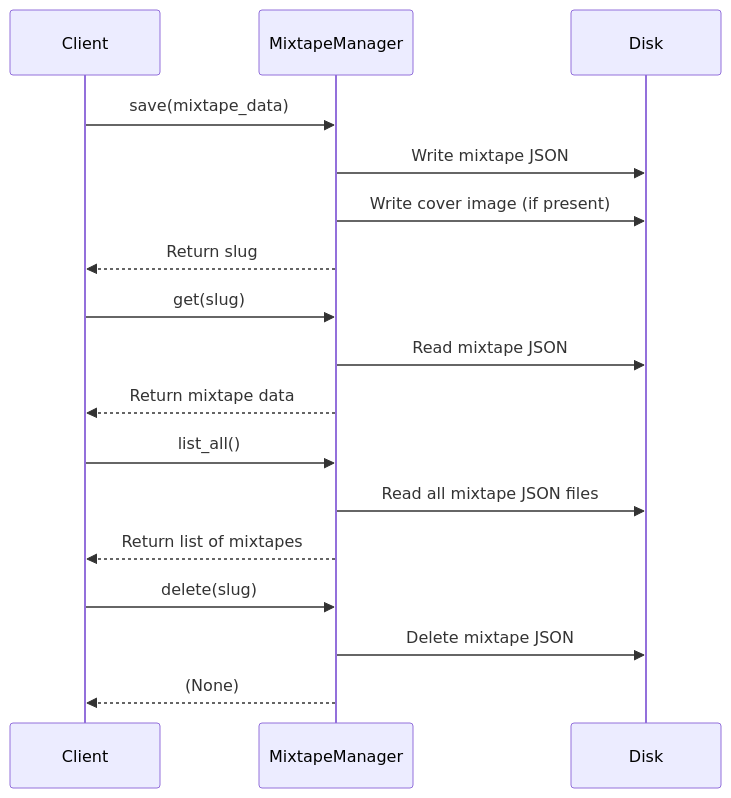
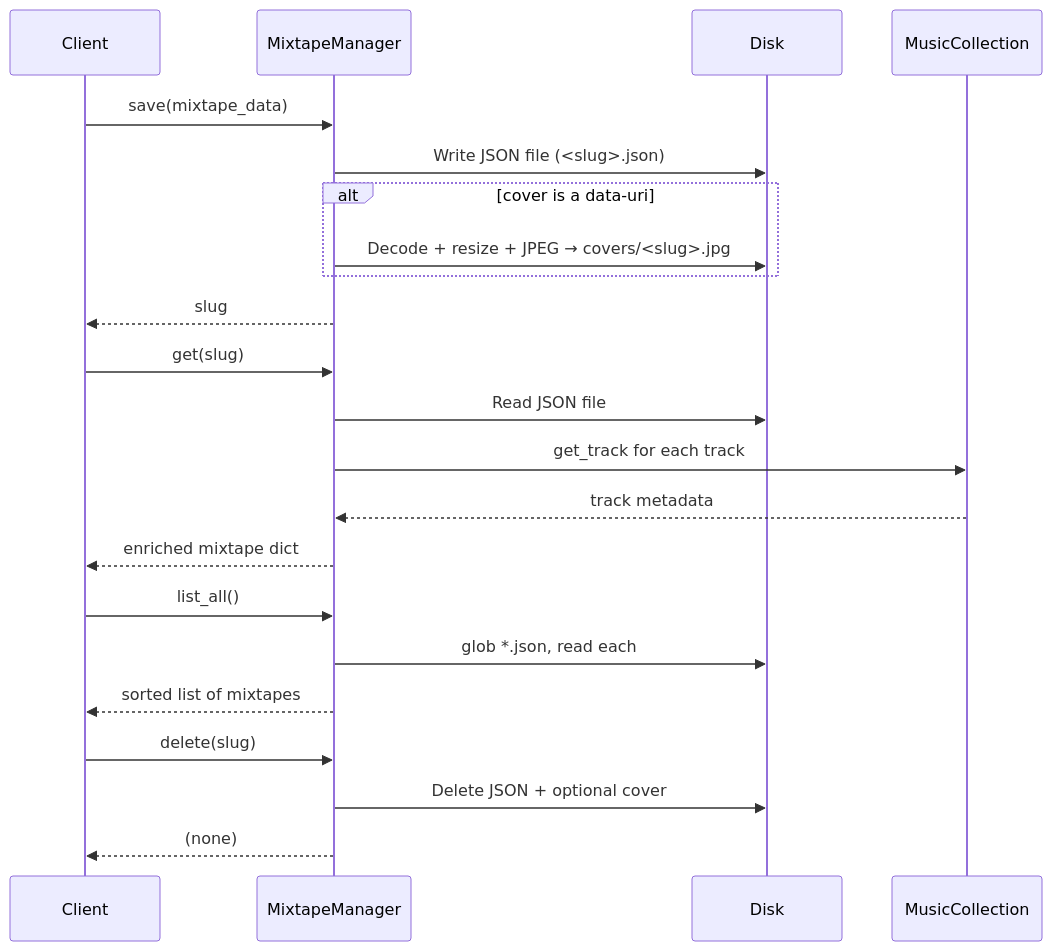
One commit to mark-me/mixtape-society changed the second of 2 diagrams in docs/development/mixtape_manager.md. Above: the diagram before and after it, drawn with Mermaid. The commit also changed other lines of this file, not shown here.

````diff
--- a/docs/development/mixtape_manager.md
+++ b/docs/development/mixtape_manager.md
@@ -11,23 +128,28 @@
 ```mermaid
 sequenceDiagram
     participant Client
     participant MixtapeManager
     participant Disk
+    participant MusicCollection
 
     Client->>MixtapeManager: save(mixtape_data)
-    MixtapeManager->>Disk: Write mixtape JSON
-    MixtapeManager->>Disk: Write cover image (if present)
-    MixtapeManager-->>Client: Return slug
+    MixtapeManager->>Disk: Write JSON file (<slug>.json)
+    alt cover is a data‑uri
+        MixtapeManager->>Disk: Decode + resize + JPEG → covers/<slug>.jpg
+    end
+    MixtapeManager-->>Client: slug
 
     Client->>MixtapeManager: get(slug)
-    MixtapeManager->>Disk: Read mixtape JSON
-    MixtapeManager-->>Client: Return mixtape data
+    MixtapeManager->>Disk: Read JSON file
+    MixtapeManager->>MusicCollection: get_track for each track
+    MusicCollection-->>MixtapeManager: track metadata
+    MixtapeManager-->>Client: enriched mixtape dict
 
     Client->>MixtapeManager: list_all()
-    MixtapeManager->>Disk: Read all mixtape JSON files
-    MixtapeManager-->>Client: Return list of mixtapes
+    MixtapeManager->>Disk: glob *.json, read each
+    MixtapeManager-->>Client: sorted list of mixtapes
 
     Client->>MixtapeManager: delete(slug)
-    MixtapeManager->>Disk: Delete mixtape JSON
-    MixtapeManager-->>Client: (None)
+    MixtapeManager->>Disk: Delete JSON + optional cover
+    MixtapeManager-->>Client: (none)
 ```
````
